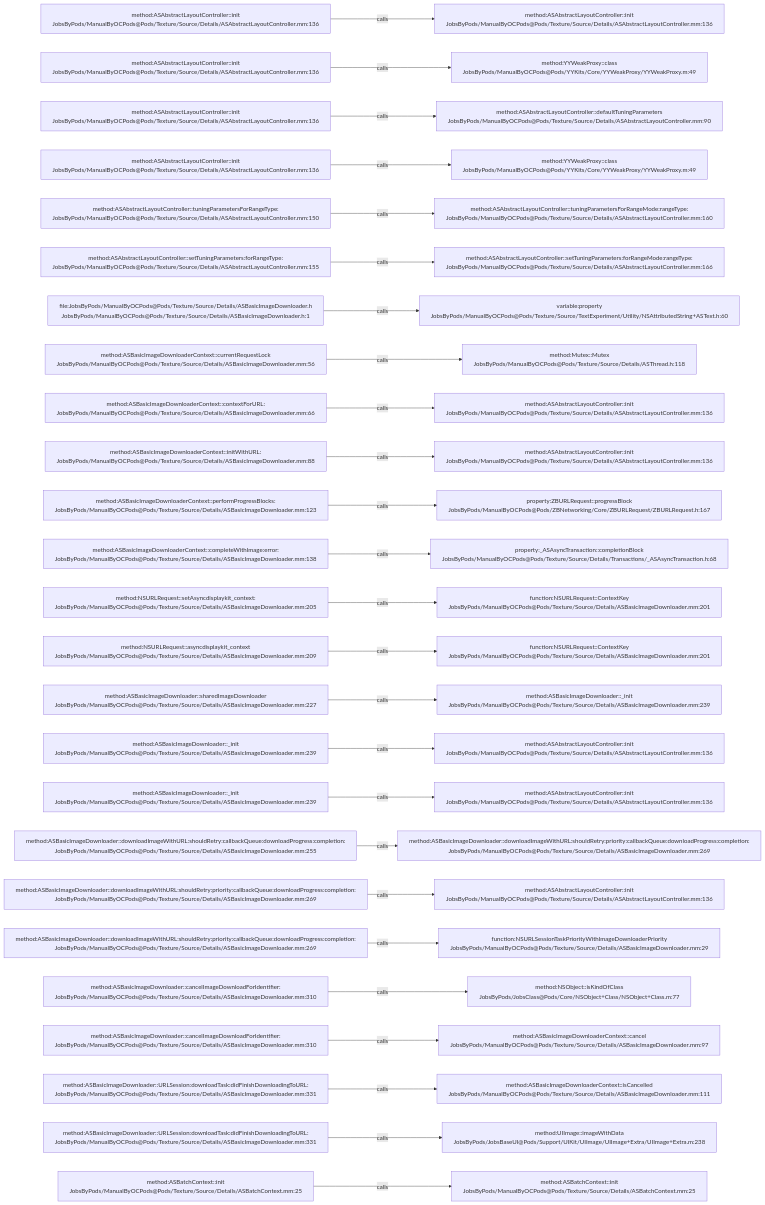
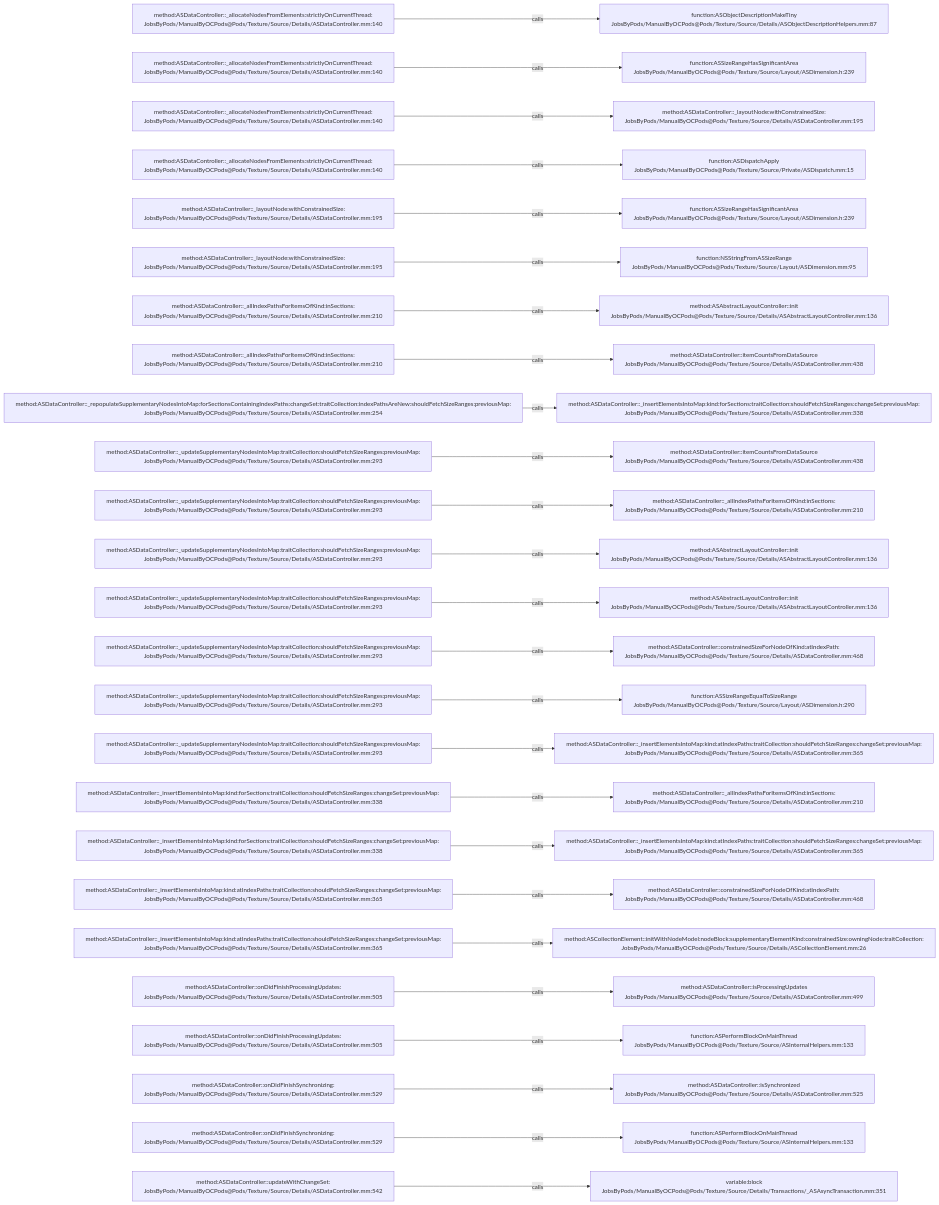
One commit to JobsKits/JobsOCBaseConfigDemo changed the diagram in .codegraph/codegraph.md/graphs/calls-152.md. Above: the diagram before and after it, drawn with Mermaid. The commit also changed 1353 other files, not shown here.

````diff
--- a/.codegraph/codegraph.md/graphs/calls-152.md
+++ b/.codegraph/codegraph.md/graphs/calls-152.md
@@ -13,78 +13,78 @@
 ```mermaid
 flowchart LR
-  S1["method:ASAbstractLayoutController::init<br/>JobsByPods/ManualByOCPods@Pods/Texture/Source/Details/ASAbstractLayoutController.mm:136"]
-  T1["method:ASAbstractLayoutController::init<br/>JobsByPods/ManualByOCPods@Pods/Texture/Source/Details/ASAbstractLayoutController.mm:136"]
+  S1["method:ASDataController::_allocateNodesFromElements:strictlyOnCurrentThread:<br/>JobsByPods/ManualByOCPods@Pods/Texture/Source/Details/ASDataController.mm:140"]
+  T1["function:ASObjectDescriptionMakeTiny<br/>JobsByPods/ManualByOCPods@Pods/Texture/Source/Details/ASObjectDescriptionHelpers.mm:87"]
   S1 -->|calls| T1
-  S2["method:ASAbstractLayoutController::init<br/>JobsByPods/ManualByOCPods@Pods/Texture/Source/Details/ASAbstractLayoutController.mm:136"]
-  T2["method:YYWeakProxy::class<br/>JobsByPods/ManualByOCPods@Pods/YYKits/Core/YYWeakProxy/YYWeakProxy.m:49"]
+  S2["method:ASDataController::_allocateNodesFromElements:strictlyOnCurrentThread:<br/>JobsByPods/ManualByOCPods@Pods/Texture/Source/Details/ASDataController.mm:140"]
+  T2["function:ASSizeRangeHasSignificantArea<br/>JobsByPods/ManualByOCPods@Pods/Texture/Source/Layout/ASDimension.h:239"]
   S2 -->|calls| T2
-  S3["method:ASAbstractLayoutController::init<br/>JobsByPods/ManualByOCPods@Pods/Texture/Source/Details/ASAbstractLayoutController.mm:136"]
-  T3["method:ASAbstractLayoutController::defaultTuningParameters<br/>JobsByPods/ManualByOCPods@Pods/Texture/Source/Details/ASAbstractLayoutController.mm:90"]
+  S3["method:ASDataController::_allocateNodesFromElements:strictlyOnCurrentThread:<br/>JobsByPods/ManualByOCPods@Pods/Texture/Source/Details/ASDataController.mm:140"]
+  T3["method:ASDataController::_layoutNode:withConstrainedSize:<br/>JobsByPods/ManualByOCPods@Pods/Texture/Source/Details/ASDataController.mm:195"]
   S3 -->|calls| T3
-  S4["method:ASAbstractLayoutController::init<br/>JobsByPods/ManualByOCPods@Pods/Texture/Source/Details/ASAbstractLayoutController.mm:136"]
-  T4["method:YYWeakProxy::class<br/>JobsByPods/ManualByOCPods@Pods/YYKits/Core/YYWeakProxy/YYWeakProxy.m:49"]
+  S4["method:ASDataController::_allocateNodesFromElements:strictlyOnCurrentThread:<br/>JobsByPods/ManualByOCPods@Pods/Texture/Source/Details/ASDataController.mm:140"]
+  T4["function:ASDispatchApply<br/>JobsByPods/ManualByOCPods@Pods/Texture/Source/Private/ASDispatch.mm:15"]
   S4 -->|calls| T4
-  S5["method:ASAbstractLayoutController::tuningParametersForRangeType:<br/>JobsByPods/ManualByOCPods@Pods/Texture/Source/Details/ASAbstractLayoutController.mm:150"]
-  T5["method:ASAbstractLayoutController::tuningParametersForRangeMode:rangeType:<br/>JobsByPods/ManualByOCPods@Pods/Texture/Source/Details/ASAbstractLayoutController.mm:160"]
+  S5["method:ASDataController::_layoutNode:withConstrainedSize:<br/>JobsByPods/ManualByOCPods@Pods/Texture/Source/Details/ASDataController.mm:195"]
+  T5["function:ASSizeRangeHasSignificantArea<br/>JobsByPods/ManualByOCPods@Pods/Texture/Source/Layout/ASDimension.h:239"]
   S5 -->|calls| T5
-  S6["method:ASAbstractLayoutController::setTuningParameters:forRangeType:<br/>JobsByPods/ManualByOCPods@Pods/Texture/Source/Details/ASAbstractLayoutController.mm:155"]
-  T6["method:ASAbstractLayoutController::setTuningParameters:forRangeMode:rangeType:<br/>JobsByPods/ManualByOCPods@Pods/Texture/Source/Details/ASAbstractLayoutController.mm:166"]
+  S6["method:ASDataController::_layoutNode:withConstrainedSize:<br/>JobsByPods/ManualByOCPods@Pods/Texture/Source/Details/ASDataController.mm:195"]
+  T6["function:NSStringFromASSizeRange<br/>JobsByPods/ManualByOCPods@Pods/Texture/Source/Layout/ASDimension.mm:95"]
   S6 -->|calls| T6
-  S7["file:JobsByPods/ManualByOCPods@Pods/Texture/Source/Details/ASBasicImageDownloader.h<br/>JobsByPods/ManualByOCPods@Pods/Texture/Source/Details/ASBasicImageDownloader.h:1"]
-  T7["variable:property<br/>JobsByPods/ManualByOCPods@Pods/Texture/Source/TextExperiment/Utility/NSAttributedString+ASText.h:60"]
+  S7["method:ASDataController::_allIndexPathsForItemsOfKind:inSections:<br/>JobsByPods/ManualByOCPods@Pods/Texture/Source/Details/ASDataController.mm:210"]
+  T7["method:ASAbstractLayoutController::init<br/>JobsByPods/ManualByOCPods@Pods/Texture/Source/Details/ASAbstractLayoutController.mm:136"]
   S7 -->|calls| T7
-  S8["method:ASBasicImageDownloaderContext::currentRequestLock<br/>JobsByPods/ManualByOCPods@Pods/Texture/Source/Details/ASBasicImageDownloader.mm:56"]
-  T8["method:Mutex::Mutex<br/>JobsByPods/ManualByOCPods@Pods/Texture/Source/Details/ASThread.h:118"]
+  S8["method:ASDataController::_allIndexPathsForItemsOfKind:inSections:<br/>JobsByPods/ManualByOCPods@Pods/Texture/Source/Details/ASDataController.mm:210"]
+  T8["method:ASDataController::itemCountsFromDataSource<br/>JobsByPods/ManualByOCPods@Pods/Texture/Source/Details/ASDataController.mm:438"]
   S8 -->|calls| T8
-  S9["method:ASBasicImageDownloaderContext::contextForURL:<br/>JobsByPods/ManualByOCPods@Pods/Texture/Source/Details/ASBasicImageDownloader.mm:66"]
-  T9["method:ASAbstractLayoutController::init<br/>JobsByPods/ManualByOCPods@Pods/Texture/Source/Details/ASAbstractLayoutController.mm:136"]
+  S9["method:ASDataController::_repopulateSupplementaryNodesIntoMap:forSectionsContainingIndexPaths:changeSet:traitCollection:indexPathsAreNew:shouldFetchSizeRanges:previousMap:<br/>JobsByPods/ManualByOCPods@Pods/Texture/Source/Details/ASDataController.mm:254"]
+  T9["method:ASDataController::_insertElementsIntoMap:kind:forSections:traitCollection:shouldFetchSizeRanges:changeSet:previousMap:<br/>JobsByPods/ManualByOCPods@Pods/Texture/Source/Details/ASDataController.mm:338"]
   S9 -->|calls| T9
-  S10["method:ASBasicImageDownloaderContext::initWithURL:<br/>JobsByPods/ManualByOCPods@Pods/Texture/Source/Details/ASBasicImageDownloader.mm:88"]
-  T10["method:ASAbstractLayoutController::init<br/>JobsByPods/ManualByOCPods@Pods/Texture/Source/Details/ASAbstractLayoutController.mm:136"]
+  S10["method:ASDataController::_updateSupplementaryNodesIntoMap:traitCollection:shouldFetchSizeRanges:previousMap:<br/>JobsByPods/ManualByOCPods@Pods/Texture/Source/Details/ASDataController.mm:293"]
+  T10["method:ASDataController::itemCountsFromDataSource<br/>JobsByPods/ManualByOCPods@Pods/Texture/Source/Details/ASDataController.mm:438"]
   S10 -->|calls| T10
-  S11["method:ASBasicImageDownloaderContext::performProgressBlocks:<br/>JobsByPods/ManualByOCPods@Pods/Texture/Source/Details/ASBasicImageDownloader.mm:123"]
-  T11["property:ZBURLRequest::progressBlock<br/>JobsByPods/ManualByOCPods@Pods/ZBNetworking/Core/ZBURLRequest/ZBURLRequest.h:167"]
+  S11["method:ASDataController::_updateSupplementaryNodesIntoMap:traitCollection:shouldFetchSizeRanges:previousMap:<br/>JobsByPods/ManualByOCPods@Pods/Texture/Source/Details/ASDataController.mm:293"]
+  T11["method:ASDataController::_allIndexPathsForItemsOfKind:inSections:<br/>JobsByPods/ManualByOCPods@Pods/Texture/Source/Details/ASDataController.mm:210"]
   S11 -->|calls| T11
-  S12["method:ASBasicImageDownloaderContext::completeWithImage:error:<br/>JobsByPods/ManualByOCPods@Pods/Texture/Source/Details/ASBasicImageDownloader.mm:138"]
-  T12["property:_ASAsyncTransaction::completionBlock<br/>JobsByPods/ManualByOCPods@Pods/Texture/Source/Details/Transactions/_ASAsyncTransaction.h:68"]
+  S12["method:ASDataController::_updateSupplementaryNodesIntoMap:traitCollection:shouldFetchSizeRanges:previousMap:<br/>JobsByPods/ManualByOCPods@Pods/Texture/Source/Details/ASDataController.mm:293"]
+  T12["method:ASAbstractLayoutController::init<br/>JobsByPods/ManualByOCPods@Pods/Texture/Source/Details/ASAbstractLayoutController.mm:136"]
   S12 -->|calls| T12
-  S13["method:NSURLRequest::setAsyncdisplaykit_context:<br/>JobsByPods/ManualByOCPods@Pods/Texture/Source/Details/ASBasicImageDownloader.mm:205"]
-  T13["function:NSURLRequest::ContextKey<br/>JobsByPods/ManualByOCPods@Pods/Texture/Source/Details/ASBasicImageDownloader.mm:201"]
+  S13["method:ASDataController::_updateSupplementaryNodesIntoMap:traitCollection:shouldFetchSizeRanges:previousMap:<br/>JobsByPods/ManualByOCPods@Pods/Texture/Source/Details/ASDataController.mm:293"]
+  T13["method:ASAbstractLayoutController::init<br/>JobsByPods/ManualByOCPods@Pods/Texture/Source/Details/ASAbstractLayoutController.mm:136"]
   S13 -->|calls| T13
-  S14["method:NSURLRequest::asyncdisplaykit_context<br/>JobsByPods/ManualByOCPods@Pods/Texture/Source/Details/ASBasicImageDownloader.mm:209"]
-  T14["function:NSURLRequest::ContextKey<br/>JobsByPods/ManualByOCPods@Pods/Texture/Source/Details/ASBasicImageDownloader.mm:201"]
+  S14["method:ASDataController::_updateSupplementaryNodesIntoMap:traitCollection:shouldFetchSizeRanges:previousMap:<br/>JobsByPods/ManualByOCPods@Pods/Texture/Source/Details/ASDataController.mm:293"]
+  T14["method:ASDataController::constrainedSizeForNodeOfKind:atIndexPath:<br/>JobsByPods/ManualByOCPods@Pods/Texture/Source/Details/ASDataController.mm:468"]
   S14 -->|calls| T14
-  S15["method:ASBasicImageDownloader::sharedImageDownloader<br/>JobsByPods/ManualByOCPods@Pods/Texture/Source/Details/ASBasicImageDownloader.mm:227"]
-  T15["method:ASBasicImageDownloader::_init<br/>JobsByPods/ManualByOCPods@Pods/Texture/Source/Details/ASBasicImageDownloader.mm:239"]
+  S15["method:ASDataController::_updateSupplementaryNodesIntoMap:traitCollection:shouldFetchSizeRanges:previousMap:<br/>JobsByPods/ManualByOCPods@Pods/Texture/Source/Details/ASDataController.mm:293"]
+  T15["function:ASSizeRangeEqualToSizeRange<br/>JobsByPods/ManualByOCPods@Pods/Texture/Source/Layout/ASDimension.h:290"]
   S15 -->|calls| T15
-  S16["method:ASBasicImageDownloader::_init<br/>JobsByPods/ManualByOCPods@Pods/Texture/Source/Details/ASBasicImageDownloader.mm:239"]
-  T16["method:ASAbstractLayoutController::init<br/>JobsByPods/ManualByOCPods@Pods/Texture/Source/Details/ASAbstractLayoutController.mm:136"]
+  S16["method:ASDataController::_updateSupplementaryNodesIntoMap:traitCollection:shouldFetchSizeRanges:previousMap:<br/>JobsByPods/ManualByOCPods@Pods/Texture/Source/Details/ASDataController.mm:293"]
+  T16["method:ASDataController::_insertElementsIntoMap:kind:atIndexPaths:traitCollection:shouldFetchSizeRanges:changeSet:previousMap:<br/>JobsByPods/ManualByOCPods@Pods/Texture/Source/Details/ASDataController.mm:365"]
   S16 -->|calls| T16
-  S17["method:ASBasicImageDownloader::_init<br/>JobsByPods/ManualByOCPods@Pods/Texture/Source/Details/ASBasicImageDownloader.mm:239"]
-  T17["method:ASAbstractLayoutController::init<br/>JobsByPods/ManualByOCPods@Pods/Texture/Source/Details/ASAbstractLayoutController.mm:136"]
+  S17["method:ASDataController::_insertElementsIntoMap:kind:forSections:traitCollection:shouldFetchSizeRanges:changeSet:previousMap:<br/>JobsByPods/ManualByOCPods@Pods/Texture/Source/Details/ASDataController.mm:338"]
+  T17["method:ASDataController::_allIndexPathsForItemsOfKind:inSections:<br/>JobsByPods/ManualByOCPods@Pods/Texture/Source/Details/ASDataController.mm:210"]
   S17 -->|calls| T17
-  S18["method:ASBasicImageDownloader::downloadImageWithURL:shouldRetry:callbackQueue:downloadProgress:completion:<br/>JobsByPods/ManualByOCPods@Pods/Texture/Source/Details/ASBasicImageDownloader.mm:255"]
-  T18["method:ASBasicImageDownloader::downloadImageWithURL:shouldRetry:priority:callbackQueue:downloadProgress:completion:<br/>JobsByPods/ManualByOCPods@Pods/Texture/Source/Details/ASBasicImageDownloader.mm:269"]
+  S18["method:ASDataController::_insertElementsIntoMap:kind:forSections:traitCollection:shouldFetchSizeRanges:changeSet:previousMap:<br/>JobsByPods/ManualByOCPods@Pods/Texture/Source/Details/ASDataController.mm:338"]
+  T18["method:ASDataController::_insertElementsIntoMap:kind:atIndexPaths:traitCollection:shouldFetchSizeRanges:changeSet:previousMap:<br/>JobsByPods/ManualByOCPods@Pods/Texture/Source/Details/ASDataController.mm:365"]
   S18 -->|calls| T18
-  S19["method:ASBasicImageDownloader::downloadImageWithURL:shouldRetry:priority:callbackQueue:downloadProgress:completion:<br/>JobsByPods/ManualByOCPods@Pods/Texture/Source/Details/ASBasicImageDownloader.mm:269"]
-  T19["method:ASAbstractLayoutController::init<br/>JobsByPods/ManualByOCPods@Pods/Texture/Source/Details/ASAbstractLayoutController.mm:136"]
+  S19["method:ASDataController::_insertElementsIntoMap:kind:atIndexPaths:traitCollection:shouldFetchSizeRanges:changeSet:previousMap:<br/>JobsByPods/ManualByOCPods@Pods/Texture/Source/Details/ASDataController.mm:365"]
+  T19["method:ASDataController::constrainedSizeForNodeOfKind:atIndexPath:<br/>JobsByPods/ManualByOCPods@Pods/Texture/Source/Details/ASDataController.mm:468"]
   S19 -->|calls| T19
-  S20["method:ASBasicImageDownloader::downloadImageWithURL:shouldRetry:priority:callbackQueue:downloadProgress:completion:<br/>JobsByPods/ManualByOCPods@Pods/Texture/Source/Details/ASBasicImageDownloader.mm:269"]
-  T20["function:NSURLSessionTaskPriorityWithImageDownloaderPriority<br/>JobsByPods/ManualByOCPods@Pods/Texture/Source/Details/ASBasicImageDownloader.mm:29"]
+  S20["method:ASDataController::_insertElementsIntoMap:kind:atIndexPaths:traitCollection:shouldFetchSizeRanges:changeSet:previousMap:<br/>JobsByPods/ManualByOCPods@Pods/Texture/Source/Details/ASDataController.mm:365"]
+  T20["method:ASCollectionElement::initWithNodeModel:nodeBlock:supplementaryElementKind:constrainedSize:owningNode:traitCollection:<br/>JobsByPods/ManualByOCPods@Pods/Texture/Source/Details/ASCollectionElement.mm:26"]
   S20 -->|calls| T20
-  S21["method:ASBasicImageDownloader::cancelImageDownloadForIdentifier:<br/>JobsByPods/ManualByOCPods@Pods/Texture/Source/Details/ASBasicImageDownloader.mm:310"]
-  T21["method:NSObject::isKindOfClass<br/>JobsByPods/JobsClass@Pods/Core/NSObject+Class/NSObject+Class.m:77"]
+  S21["method:ASDataController::onDidFinishProcessingUpdates:<br/>JobsByPods/ManualByOCPods@Pods/Texture/Source/Details/ASDataController.mm:505"]
+  T21["method:ASDataController::isProcessingUpdates<br/>JobsByPods/ManualByOCPods@Pods/Texture/Source/Details/ASDataController.mm:499"]
   S21 -->|calls| T21
-  S22["method:ASBasicImageDownloader::cancelImageDownloadForIdentifier:<br/>JobsByPods/ManualByOCPods@Pods/Texture/Source/Details/ASBasicImageDownloader.mm:310"]
-  T22["method:ASBasicImageDownloaderContext::cancel<br/>JobsByPods/ManualByOCPods@Pods/Texture/Source/Details/ASBasicImageDownloader.mm:97"]
+  S22["method:ASDataController::onDidFinishProcessingUpdates:<br/>JobsByPods/ManualByOCPods@Pods/Texture/Source/Details/ASDataController.mm:505"]
+  T22["function:ASPerformBlockOnMainThread<br/>JobsByPods/ManualByOCPods@Pods/Texture/Source/ASInternalHelpers.mm:133"]
   S22 -->|calls| T22
-  S23["method:ASBasicImageDownloader::URLSession:downloadTask:didFinishDownloadingToURL:<br/>JobsByPods/ManualByOCPods@Pods/Texture/Source/Details/ASBasicImageDownloader.mm:331"]
-  T23["method:ASBasicImageDownloaderContext::isCancelled<br/>JobsByPods/ManualByOCPods@Pods/Texture/Source/Details/ASBasicImageDownloader.mm:111"]
+  S23["method:ASDataController::onDidFinishSynchronizing:<br/>JobsByPods/ManualByOCPods@Pods/Texture/Source/Details/ASDataController.mm:529"]
+  T23["method:ASDataController::isSynchronized<br/>JobsByPods/ManualByOCPods@Pods/Texture/Source/Details/ASDataController.mm:525"]
   S23 -->|calls| T23
-  S24["method:ASBasicImageDownloader::URLSession:downloadTask:didFinishDownloadingToURL:<br/>JobsByPods/ManualByOCPods@Pods/Texture/Source/Details/ASBasicImageDownloader.mm:331"]
-  T24["method:UIImage::imageWithData<br/>JobsByPods/JobsBaseUI@Pods/Support/UIKit/UIImage/UIImage+Extra/UIImage+Extra.m:238"]
+  S24["method:ASDataController::onDidFinishSynchronizing:<br/>JobsByPods/ManualByOCPods@Pods/Texture/Source/Details/ASDataController.mm:529"]
+  T24["function:ASPerformBlockOnMainThread<br/>JobsByPods/ManualByOCPods@Pods/Texture/Source/ASInternalHelpers.mm:133"]
   S24 -->|calls| T24
-  S25["method:ASBatchContext::init<br/>JobsByPods/ManualByOCPods@Pods/Texture/Source/Details/ASBatchContext.mm:25"]
-  T25["method:ASBatchContext::init<br/>JobsByPods/ManualByOCPods@Pods/Texture/Source/Details/ASBatchContext.mm:25"]
+  S25["method:ASDataController::updateWithChangeSet:<br/>JobsByPods/ManualByOCPods@Pods/Texture/Source/Details/ASDataController.mm:542"]
+  T25["variable:block<br/>JobsByPods/ManualByOCPods@Pods/Texture/Source/Details/Transactions/_ASAsyncTransaction.mm:351"]
   S25 -->|calls| T25
 ```
````
